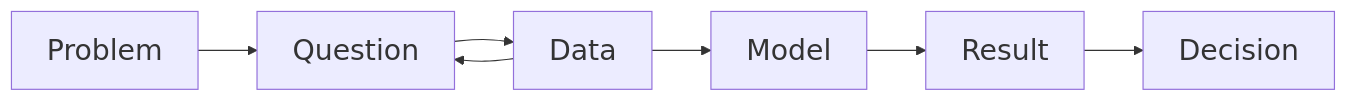
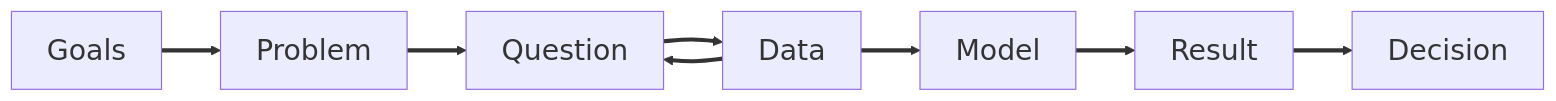
Before and after one commit to jbayham/arec-330: the second of 3 diagrams in modules/02_framework_question/slides.qmd, drawn with Mermaid. The commit also changed other lines of this file and 1 other file, not shown here.

````diff
--- a/modules/02_framework_question/slides.qmd
+++ b/modules/02_framework_question/slides.qmd
@@ -175,10 +190,11 @@
 ```{mermaid}
 %%{init: {"themeVariables": {"fontSize": "24px"}}}%%
 flowchart LR
-  P[Problem] --> Q[Question]
-  Q --> Da[Data]
-  Da --> M[Model]
-  M --> R[Result]
-  R --> D[Decision]
-  Da --> Q
+  G[Goals] ==> P[Problem]
+  P ==> Q[Question]
+  Q ==> Da[Data]
+  Da ==> M[Model]
+  M ==> R[Result]
+  R ==> D[Decision]
+  Da ==> Q
 ```
````
